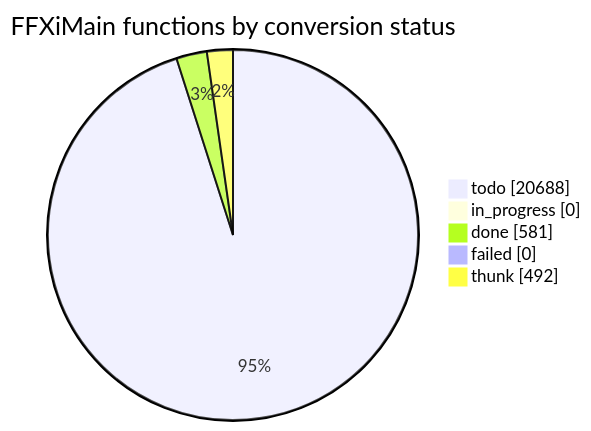
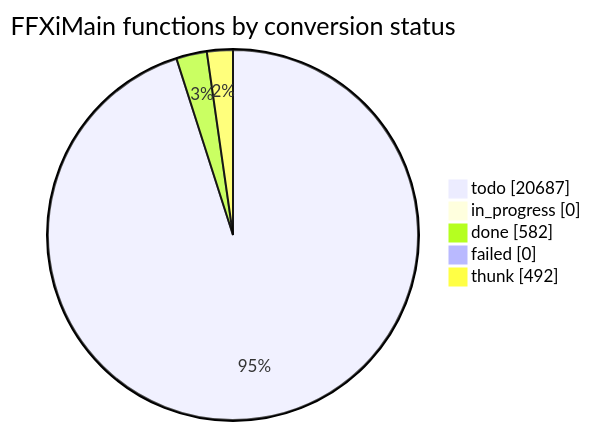
One commit to cowrevenge/cow_kuluu_xi_anything changed the diagram in docs/cow/STATUS.md. Above: the diagram before and after it, drawn with Mermaid. The commit also changed other lines of this file and 9 other files, not shown here.

````diff
--- a/docs/cow/STATUS.md
+++ b/docs/cow/STATUS.md
@@ -18,9 +18,9 @@
 ```mermaid
 pie showData
     title FFXiMain functions by conversion status
-    "todo" : 20688
+    "todo" : 20687
     "in_progress" : 0
-    "done" : 581
+    "done" : 582
     "failed" : 0
     "thunk" : 492
 ```
````
